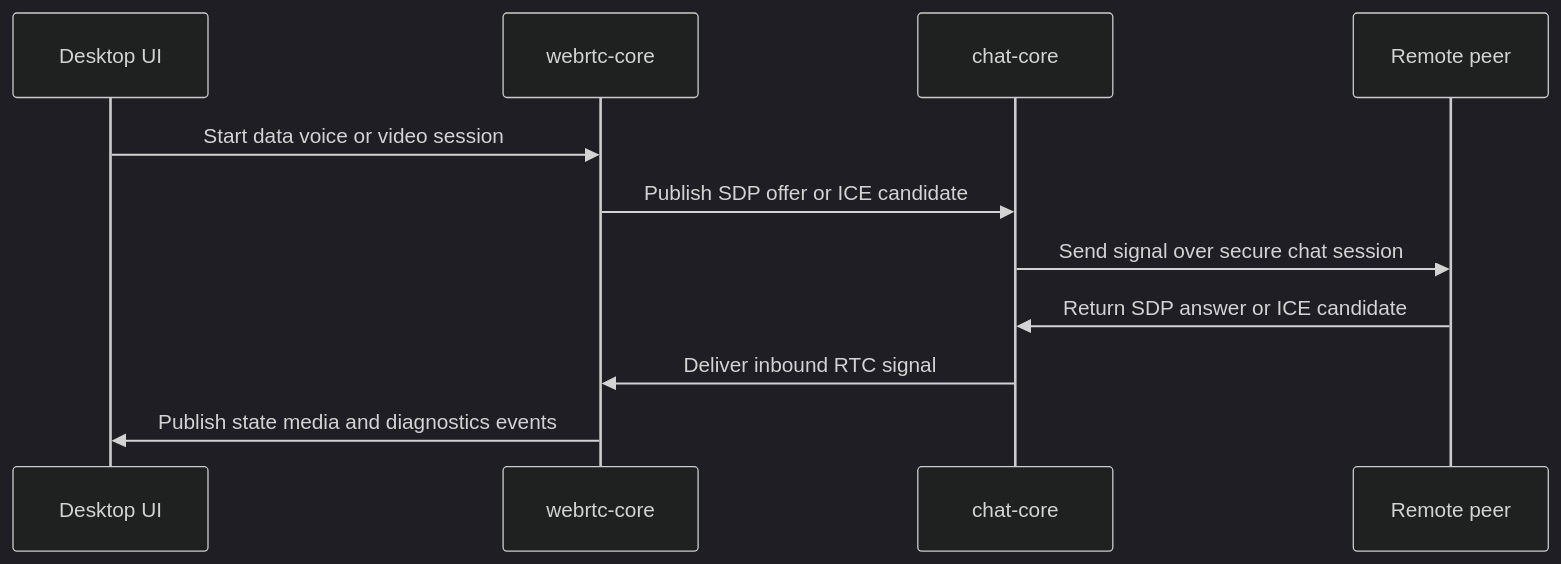
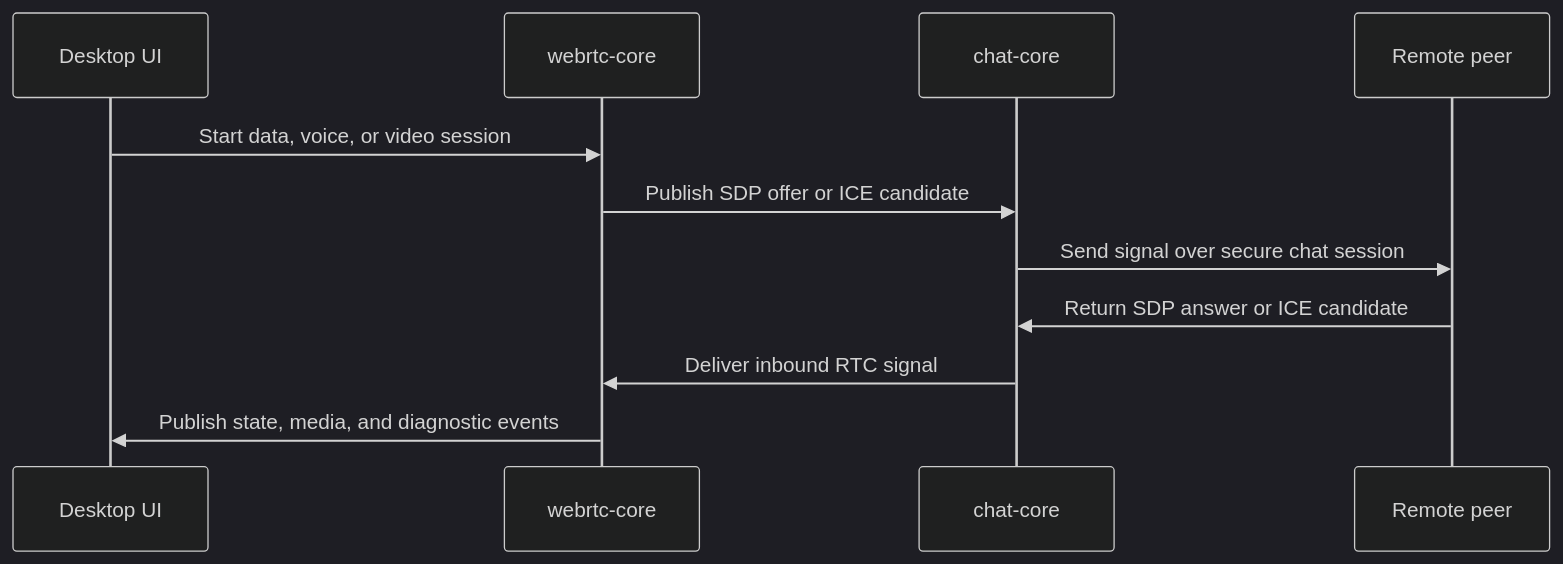
One commit to Shterneregen/secure-lan-suite changed the diagram in docs/webrtc-architecture.md. Above: the diagram before and after it, drawn with Mermaid (dark theme). The commit also changed other lines of this file and 39 other files, not shown here.

````diff
--- a/docs/webrtc-architecture.md
+++ b/docs/webrtc-architecture.md
@@ -94,14 +89,14 @@
 ```mermaid
 sequenceDiagram
     participant UI as Desktop UI
     participant RTC as webrtc-core
     participant Chat as chat-core
     participant Peer as Remote peer
 
-    UI->>RTC: Start data voice or video session
+    UI->>RTC: Start data, voice, or video session
     RTC->>Chat: Publish SDP offer or ICE candidate
     Chat->>Peer: Send signal over secure chat session
     Peer->>Chat: Return SDP answer or ICE candidate
     Chat->>RTC: Deliver inbound RTC signal
-    RTC->>UI: Publish state media and diagnostics events
+    RTC->>UI: Publish state, media, and diagnostic events
 ```
````
